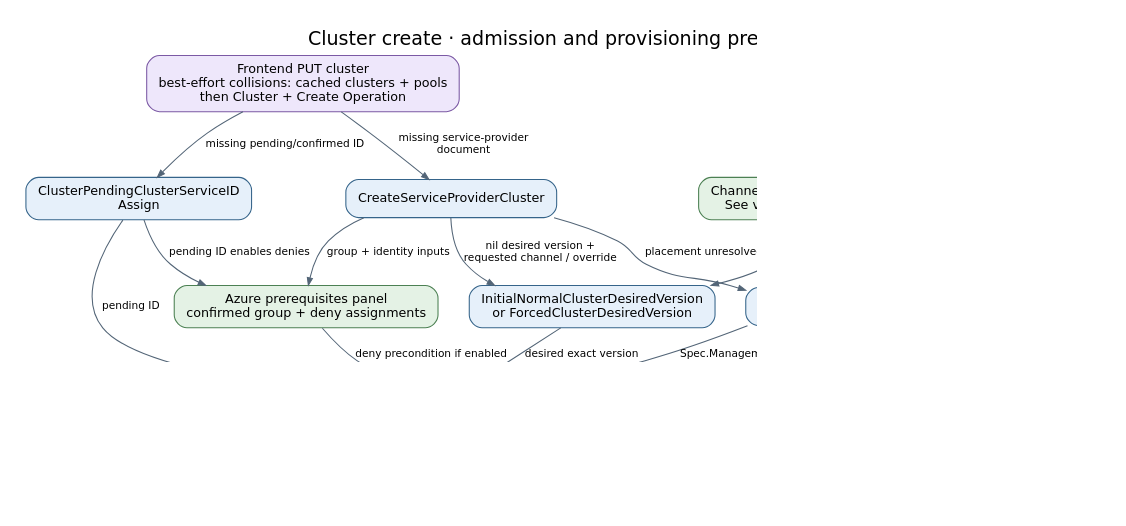
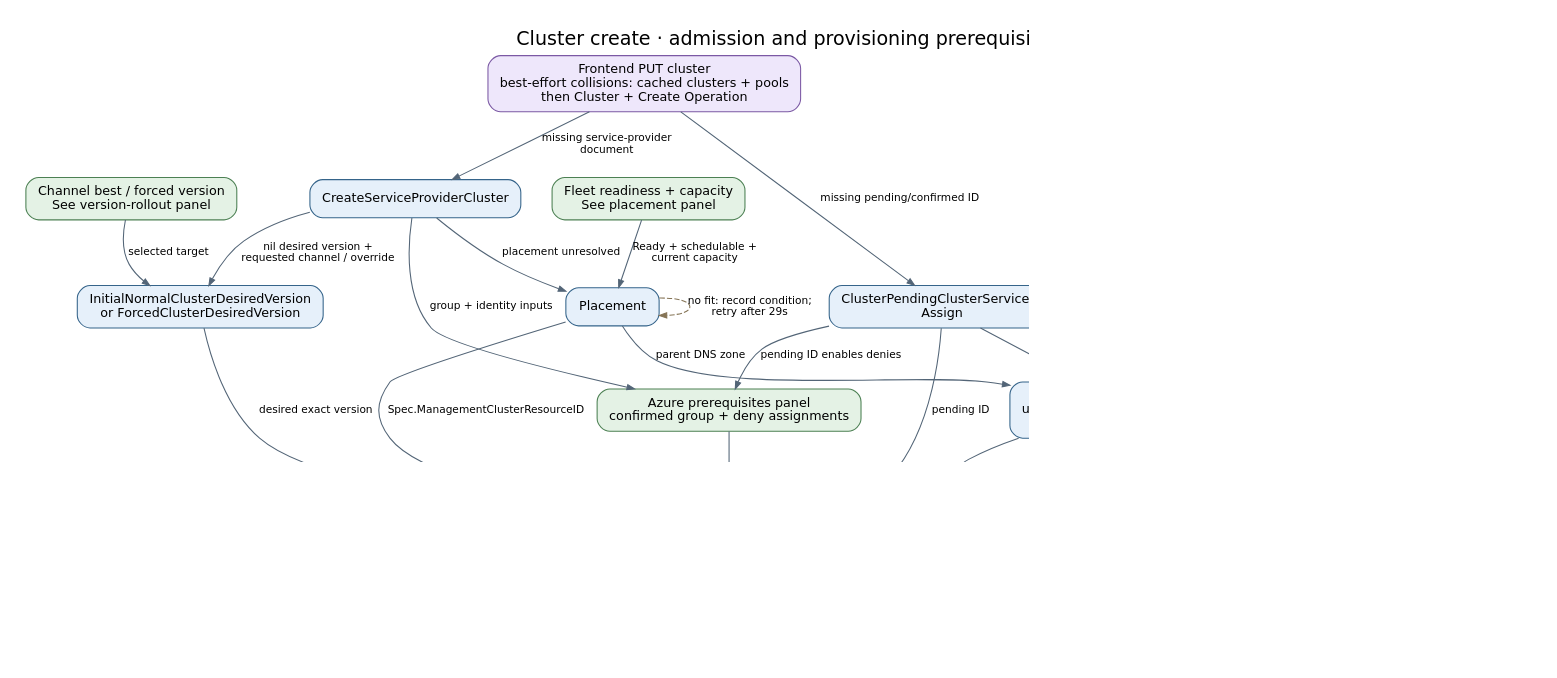
The diagram in docs/generated/diagrams/controller-flows/cluster-create.dot (Azure/ARO-HCP), drawn with Graphviz before and after one commit. The commit also changed 41 other files, not shown here.

Commit message:
feat(backend): allocate cluster DNS names with Fleet claims

```diff
--- a/docs/generated/diagrams/controller-flows/cluster-create.dot
+++ b/docs/generated/diagrams/controller-flows/cluster-create.dot
@@ -1,30 +1,37 @@
 digraph cluster_create {
   graph [rankdir=TB, bgcolor="white", pad="0.3", nodesep="0.4", ranksep="0.55", fontname="DejaVu Sans", fontsize=18, labelloc=t, label="Cluster create · admission and provisioning prerequisites", dpi=110];
   node [shape=box, style="rounded,filled", fillcolor="#e6f0fa", color="#35648a", fontname="DejaVu Sans", fontsize=12, margin="0.16,0.10"];
   edge [color="#536577", fontname="DejaVu Sans", fontsize=10, arrowsize=0.7];
   put [label="Frontend PUT cluster\nbest-effort collisions: cached clusters + pools\nthen Cluster + Create Operation", fillcolor="#eee7fb", color="#7b59a4"];
   sp [label="CreateServiceProviderCluster", fillcolor="#e6f0fa", color="#35648a"];
   id [label="ClusterPendingClusterServiceID\nAssign", fillcolor="#e6f0fa", color="#35648a"];
   ver [label="InitialNormalClusterDesiredVersion\nor ForcedClusterDesiredVersion", fillcolor="#e6f0fa", color="#35648a"];
   rollout [label="Channel best / forced version\nSee version-rollout panel", fillcolor="#e4f2e5", color="#4c8053"];
   place [label="Placement", fillcolor="#e6f0fa", color="#35648a"];
   fleet [label="Fleet readiness + capacity\nSee placement panel", fillcolor="#e4f2e5", color="#4c8053"];
   azure [label="Azure prerequisites panel\nconfirmed group + deny assignments", fillcolor="#e4f2e5", color="#4c8053"];
   create [label="ClusterClusterServiceCreate", fillcolor="#e6f0fa", color="#35648a"];
   cs [label="Cluster Service cluster exists\nClusterServiceID confirmed\nContinue in convergence panel", fillcolor="#e4f2e5", color="#4c8053"];
   put -> sp [label="missing service-provider\ndocument"];
   put -> id [label="missing pending/confirmed ID"];
   sp -> ver [label="nil desired version +\nrequested channel / override"];
   rollout -> ver [label="selected target"];
   sp -> place [label="placement unresolved"];
   fleet -> place [label="Ready + schedulable +\ncurrent capacity"];
   place -> place [label="no fit: record condition;\nretry after 29s", style=dashed, color="#857456", constraint=false];
   sp -> azure [label="group + identity inputs"];
   id -> azure [label="pending ID enables denies"];
   id -> create [label="pending ID"];
   ver -> create [label="desired exact version"];
   place -> create [label="Spec.ManagementClusterResourceID"];
   azure -> create [label="deny precondition if enabled"];
-  create -> cs [label="adopt or POST; persist ID"];
+  allocation [label="ClusterDNSAllocation\nuse admission-assigned ClusterUID\npreserve existing CS adoption", fillcolor="#e6f0fa", color="#35648a"];
+  claims [label="Fleet DNS claim\nparent zone + five-character slug\nowner = ARO ClusterUID", fillcolor="#e4f2e5", color="#4c8053"];
+  place -> allocation [label="parent DNS zone"];
+  id -> allocation [label="pending CS ID for adoption check"];
+  allocation -> claims [label="persist SPC desired name first;\ncreate claim in separate reconcile"];
+  claims -> allocation [label="owned: commit base domain\nconflict: choose another", style=dashed];
+  allocation -> create [label="persisted prefix + claimed base domain"];
+  create -> cs [label="POST persisted prefix + base domain;\npersist CS ID in same reconcile"];
   create -> create [label="missing prerequisite: wait", style=dashed, color="#857456", constraint=false];
 }
```
